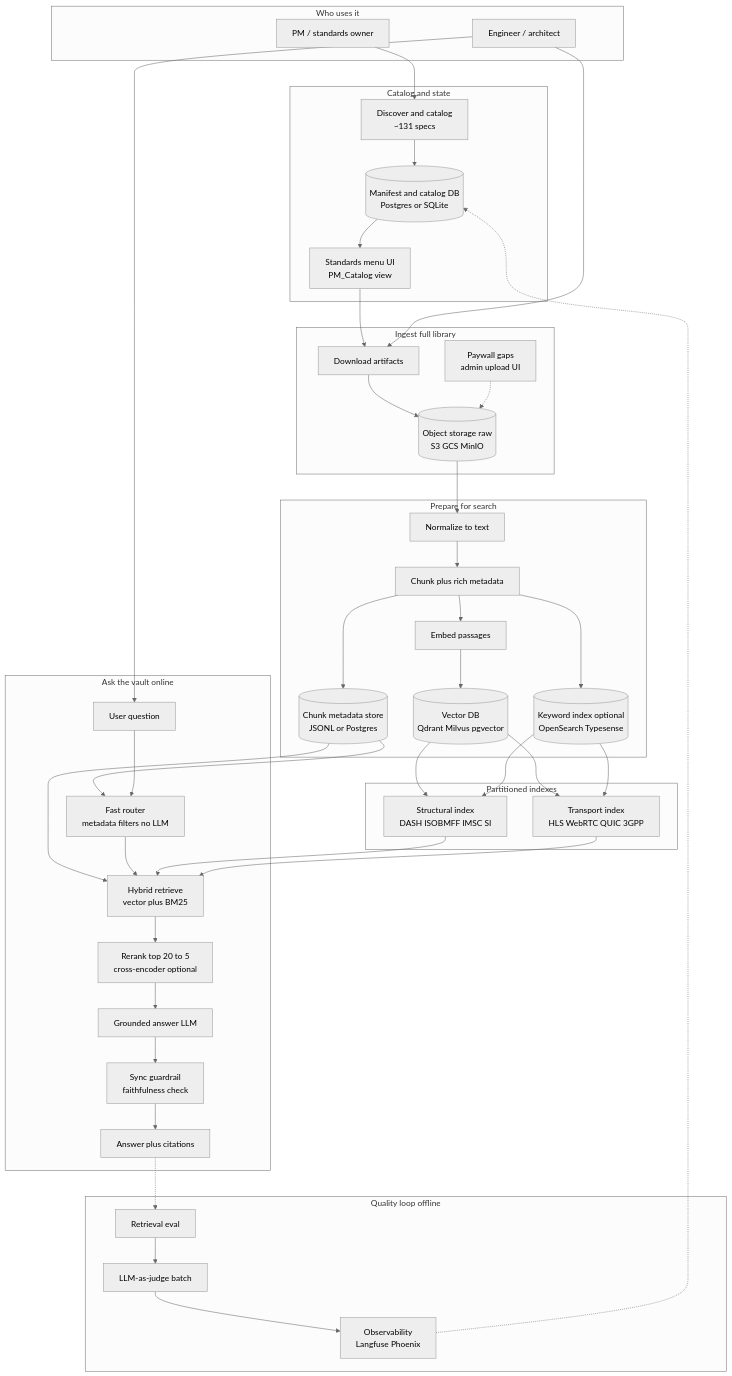
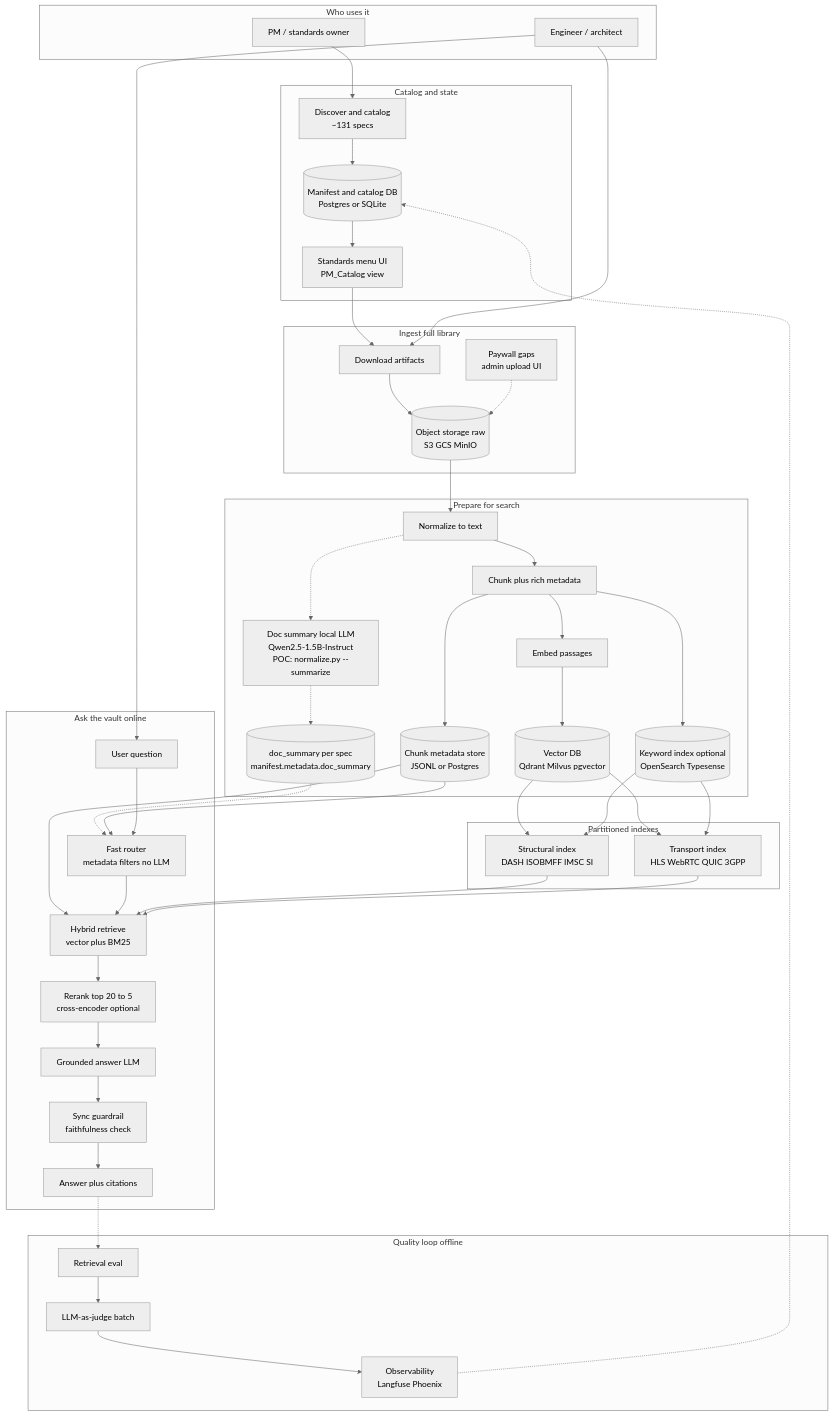
The first of 2 diagrams in DIAGRAM.md (GaliDev/vspp-rag), drawn with Mermaid (neutral theme) before and after one commit. The commit also changed other lines of this file and 15 other files, not shown here.

First line of the commit message:
Add local LLM summarization, doc-summary router, and class presentation.

```diff
--- a/DIAGRAM.md
+++ b/DIAGRAM.md
@@ -29,6 +29,8 @@
 
     subgraph prepare [Prepare for search]
         Norm["Normalize to text"]
+        SumLLM["Doc summary local LLM<br/>Qwen2.5-1.5B-Instruct<br/>POC: normalize.py --summarize"]
+        SumStore[("doc_summary per spec<br/>manifest.metadata.doc_summary")]
         Chunk["Chunk plus rich metadata"]
         Meta[("Chunk metadata store<br/>JSONL or Postgres")]
         Embed["Embed passages"]
@@ -66,6 +68,9 @@
     Gap -.-> Raw
     Raw --> Norm
     Norm --> Chunk
+    Norm -.-> SumLLM
+    SumLLM -.-> SumStore
+    SumStore -.-> Route
     Chunk --> Meta
     Chunk --> Embed
     Embed --> Vec
```
